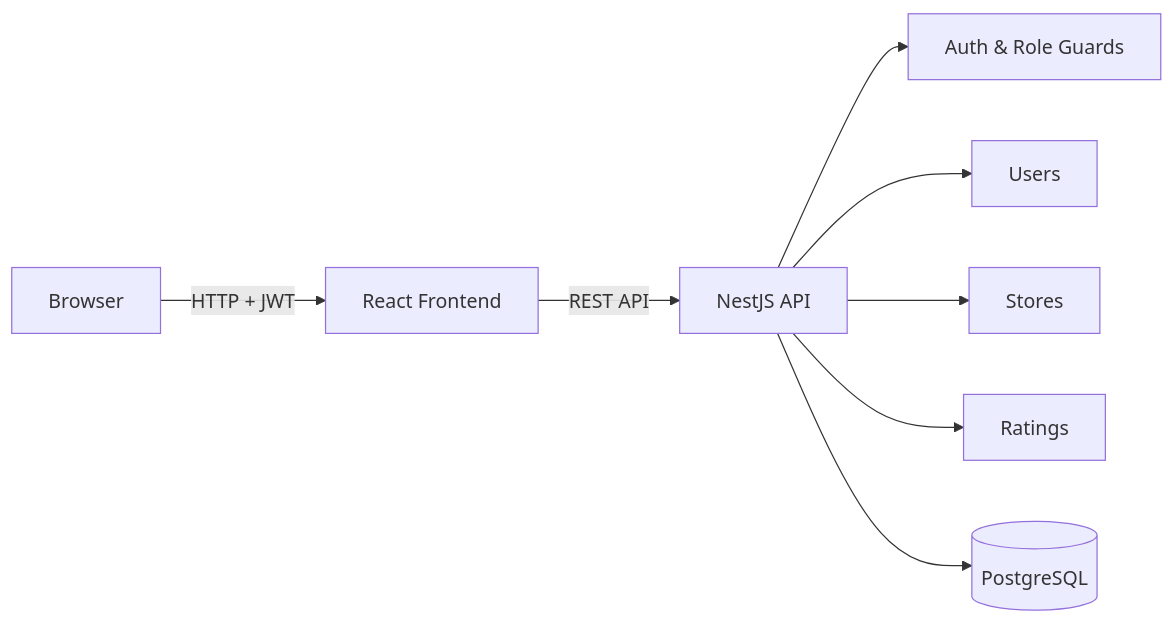
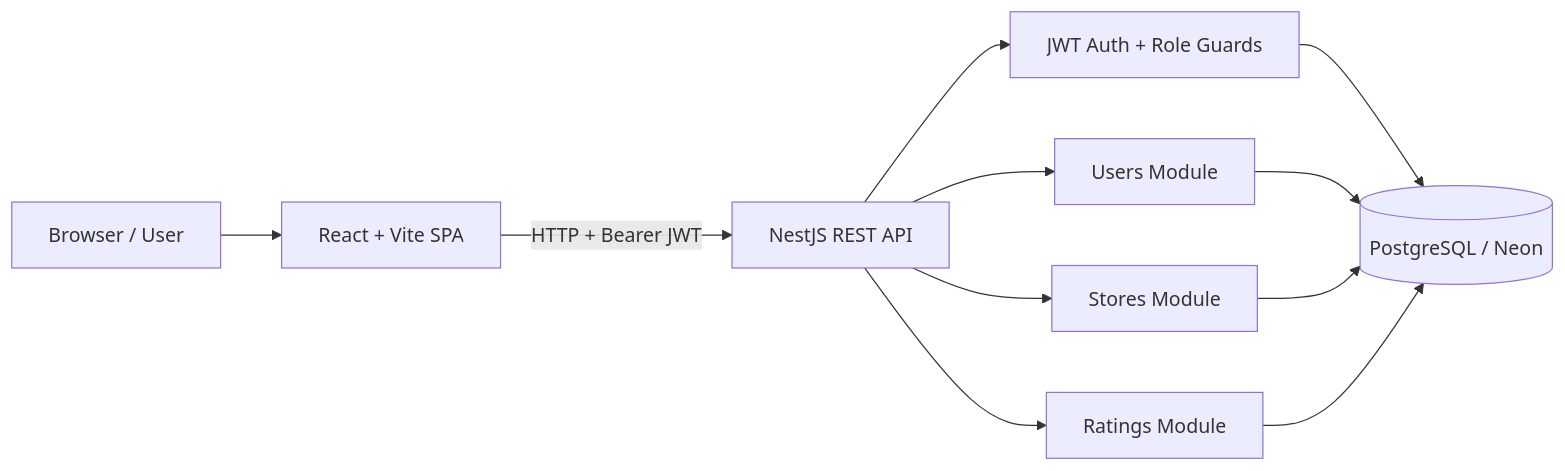
The first of 6 diagrams in README.md (affanSkhan/store-rating-platform), drawn with Mermaid before and after one commit. The commit also changed other lines of this file, not shown here.

Commit message:
docs: upgrade deployment and architecture README

````diff
--- a/README.md
+++ b/README.md
@@ -62,10 +129,22 @@
 ```mermaid
 flowchart LR
-  B[Browser] -->|HTTP + JWT| F[React Frontend]
-  F -->|REST API| A[NestJS API]
-  A --> AU[Auth & Role Guards]
-  A --> US[Users]
-  A --> ST[Stores]
-  A --> RA[Ratings]
-  A --> DB[(PostgreSQL)]
+    U[Browser / User]
+    UI[React + Vite SPA]
+    API[NestJS REST API]
+    AUTH[JWT Auth + Role Guards]
+    USERS[Users Module]
+    STORES[Stores Module]
+    RATINGS[Ratings Module]
+    DB[(PostgreSQL / Neon)]
+
+    U --> UI
+    UI -->|HTTP + Bearer JWT| API
+    API --> AUTH
+    API --> USERS
+    API --> STORES
+    API --> RATINGS
+    AUTH --> DB
+    USERS --> DB
+    STORES --> DB
+    RATINGS --> DB
 ```
````
